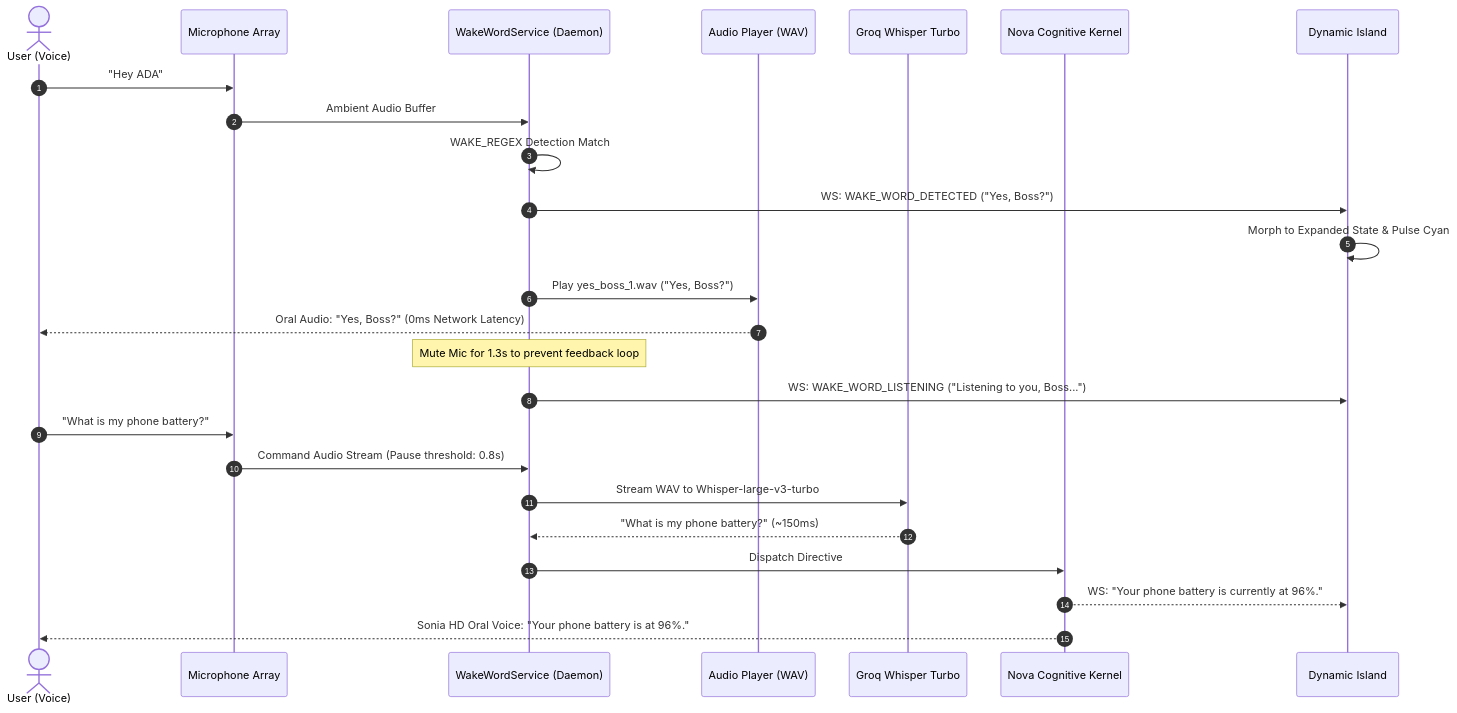
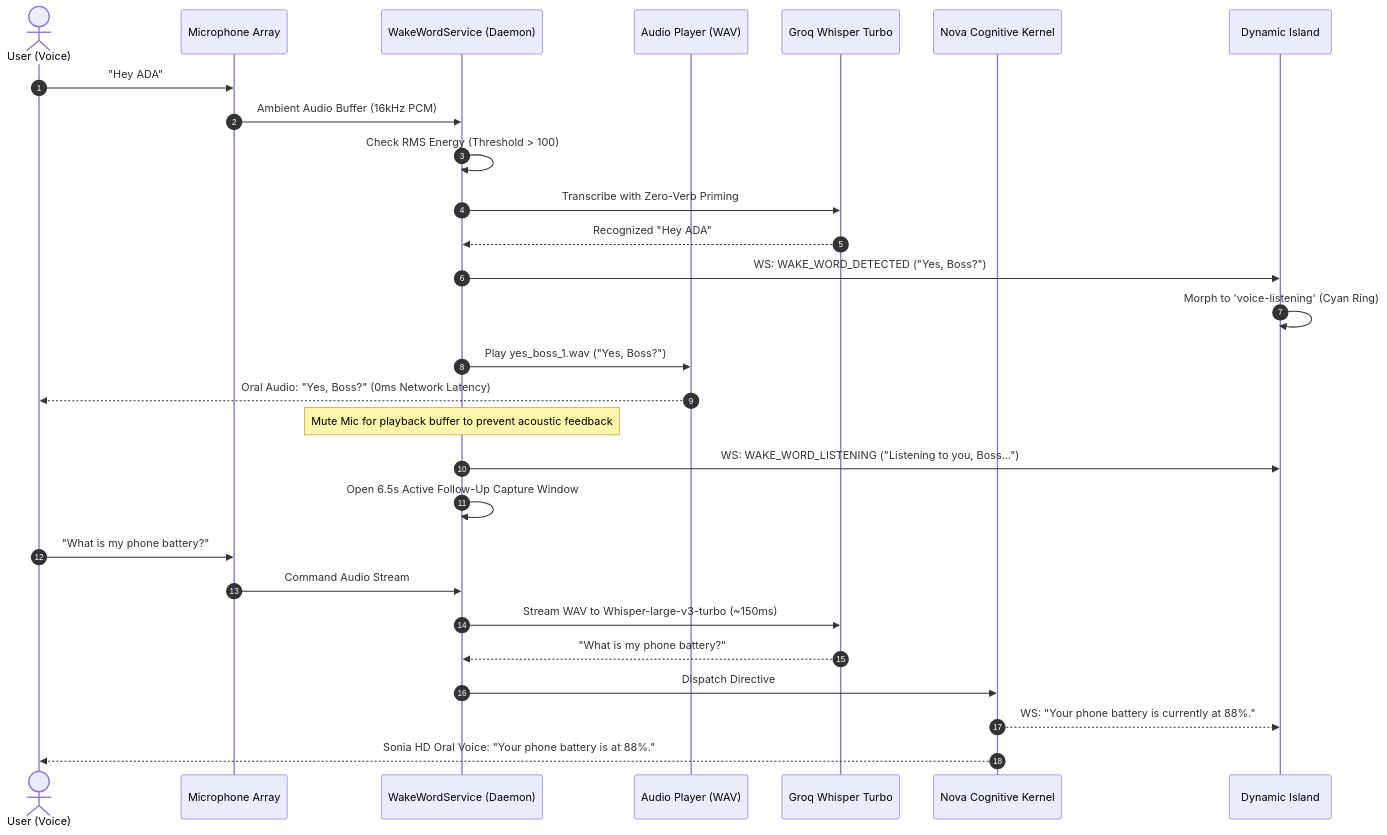
The second of 2 diagrams in README.md (Codewithjainam7/Nova), drawn with Mermaid before and after one commit. The commit also changed other lines of this file and 5 other files, not shown here.

Commit message:
docs: enrich master documentation with voice pipeline, acoustic safety, and ADB interlocks

````diff
--- a/README.md
+++ b/README.md
@@ -135,28 +139,31 @@
 ```mermaid
 sequenceDiagram
     autonumber
     actor User as User (Voice)
     participant Mic as Microphone Array
     participant Wake as WakeWordService (Daemon)
     participant Sonia as Audio Player (WAV)
     participant Whisper as Groq Whisper Turbo
     participant Kernel as Nova Cognitive Kernel
     participant Island as Dynamic Island
 
     User->>Mic: "Hey ADA"
-    Mic->>Wake: Ambient Audio Buffer
-    Wake->>Wake: WAKE_REGEX Detection Match
+    Mic->>Wake: Ambient Audio Buffer (16kHz PCM)
+    Wake->>Wake: Check RMS Energy (Threshold > 100)
+    Wake->>Whisper: Transcribe with Zero-Verb Priming
+    Whisper-->>Wake: Recognized "Hey ADA"
     Wake->>Island: WS: WAKE_WORD_DETECTED ("Yes, Boss?")
-    Island->>Island: Morph to Expanded State & Pulse Cyan
+    Island->>Island: Morph to 'voice-listening' (Cyan Ring)
     Wake->>Sonia: Play yes_boss_1.wav ("Yes, Boss?")
     Sonia-->>User: Oral Audio: "Yes, Boss?" (0ms Network Latency)
-    Note over Wake: Mute Mic for 1.3s to prevent feedback loop
+    Note over Wake: Mute Mic for playback buffer to prevent acoustic feedback
     Wake->>Island: WS: WAKE_WORD_LISTENING ("Listening to you, Boss...")
+    Wake->>Wake: Open 6.5s Active Follow-Up Capture Window
     User->>Mic: "What is my phone battery?"
-    Mic->>Wake: Command Audio Stream (Pause threshold: 0.8s)
-    Wake->>Whisper: Stream WAV to Whisper-large-v3-turbo
-    Whisper-->>Wake: "What is my phone battery?" (~150ms)
+    Mic->>Wake: Command Audio Stream
+    Wake->>Whisper: Stream WAV to Whisper-large-v3-turbo (~150ms)
+    Whisper-->>Wake: "What is my phone battery?"
     Wake->>Kernel: Dispatch Directive
-    Kernel-->>Island: WS: "Your phone battery is currently at 96%."
-    Kernel-->>User: Sonia HD Oral Voice: "Your phone battery is at 96%."
+    Kernel-->>Island: WS: "Your phone battery is currently at 88%."
+    Kernel-->>User: Sonia HD Oral Voice: "Your phone battery is at 88%."
 ```
````
